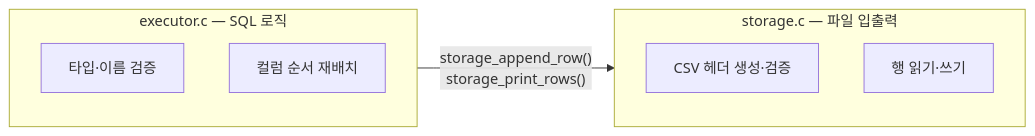
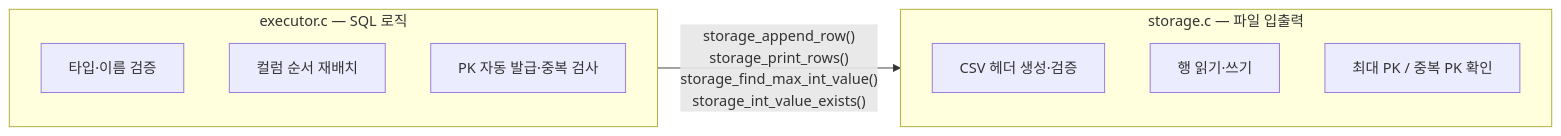
The seventh of 11 diagrams in GUIDE.md (Jungle-12-303/week7-02-sql-index), drawn with Mermaid before and after one commit. The commit also changed other lines of this file and 1 other file, not shown here.

````diff
--- a/GUIDE.md
+++ b/GUIDE.md
@@ -393,12 +408,14 @@
 ```mermaid
 flowchart LR
     subgraph executor["executor.c — SQL 로직"]
         E1["타입·이름 검증"]
         E2["컬럼 순서 재배치"]
+        E3["PK 자동 발급·중복 검사"]
     end
     subgraph storage["storage.c — 파일 입출력"]
         S1["CSV 헤더 생성·검증"]
         S2["행 읽기·쓰기"]
+        S3["최대 PK / 중복 PK 확인"]
     end
-    executor -->|"storage_append_row()\nstorage_print_rows()"| storage
+    executor -->|"storage_append_row()\nstorage_print_rows()\nstorage_find_max_int_value()\nstorage_int_value_exists()"| storage
 ```
````
